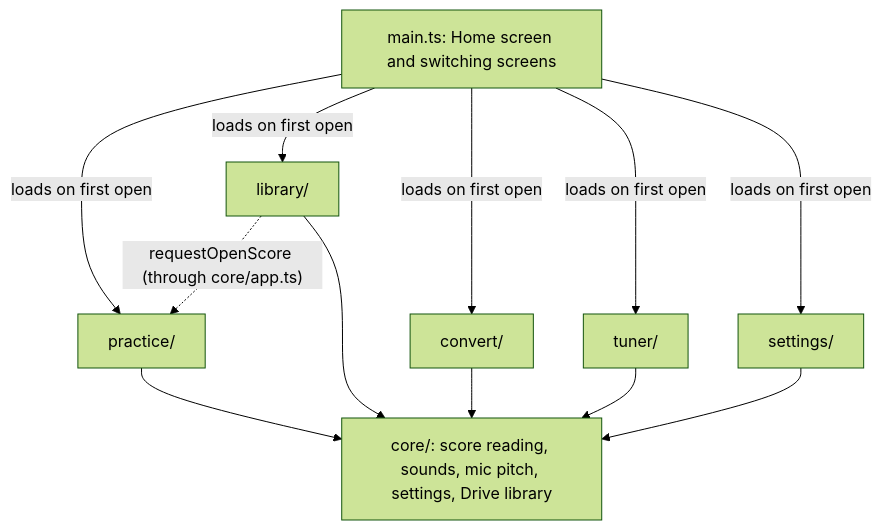
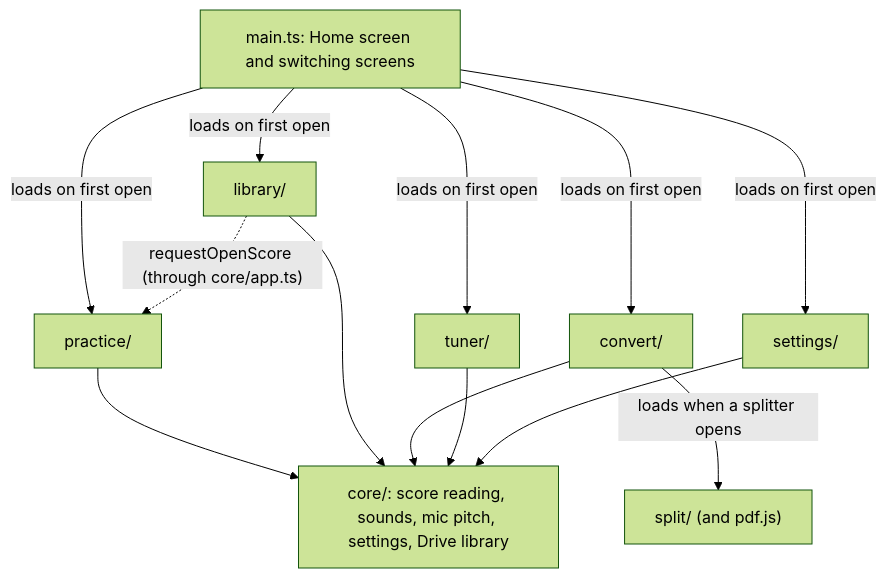
One commit to DanMosier/Lento changed the diagram in app/README.md. Above: the diagram before and after it, drawn with Mermaid (forest theme). The commit also changed other lines of this file and 18 other files, not shown here.

First line of the commit message:
Split a PDF of several pieces in the app, on the phone or the PC

````diff
--- a/app/README.md
+++ b/app/README.md
@@ -49,14 +55,15 @@
 ```mermaid
 flowchart TD
     Main["main.ts: Home screen and switching screens"] -- "loads on first open" --> Practice["practice/"]
     Main -- "loads on first open" --> Library["library/"]
     Main -- "loads on first open" --> Convert["convert/"]
+    Convert -- "loads when a splitter opens" --> Split["split/ (and pdf.js)"]
     Main -- "loads on first open" --> Tuner["tuner/"]
     Main -- "loads on first open" --> Settings["settings/"]
     Practice --> Core["core/: score reading, sounds, mic pitch, settings, Drive library"]
     Library --> Core
     Convert --> Core
     Tuner --> Core
     Settings --> Core
     Library -. "requestOpenScore (through core/app.ts)" .-> Practice
 ```
````
